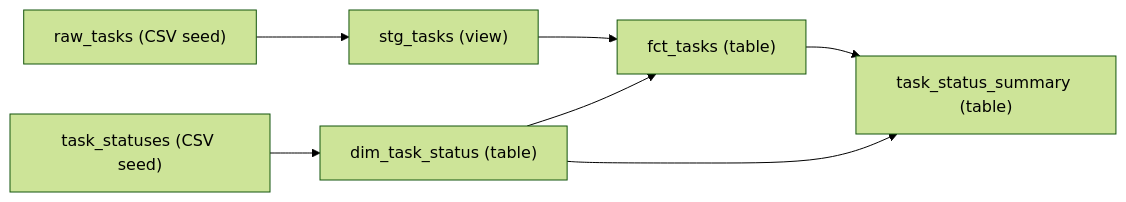
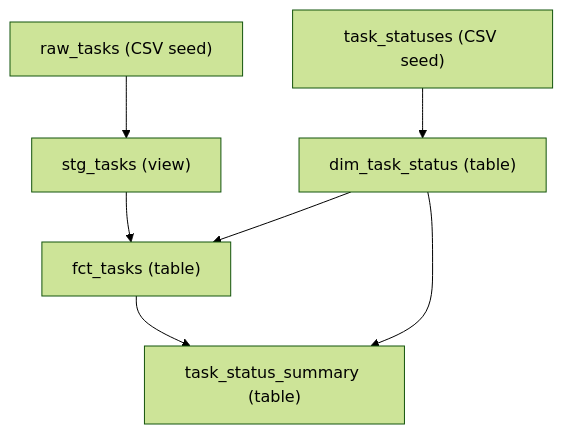
One commit to ks6088ts-labs/template-azure-python changed the second of 3 diagrams in docs/dbt/index.ja.md. Above: the diagram before and after it, drawn with Mermaid (forest theme). The commit also changed other lines of this file and 9 other files, not shown here.

````diff
--- a/docs/dbt/index.ja.md
+++ b/docs/dbt/index.ja.md
@@ -178,9 +178,9 @@
 ```mermaid
-flowchart LR
+flowchart TD
     raw["raw_tasks (CSV seed)"] --> staging["stg_tasks (view)"]
     statuses["task_statuses (CSV seed)"] --> dim["dim_task_status (table)"]
     staging --> fact["fct_tasks (table)"]
     dim --> fact
     dim --> summary["task_status_summary (table)"]
     fact --> summary
 ```
````
